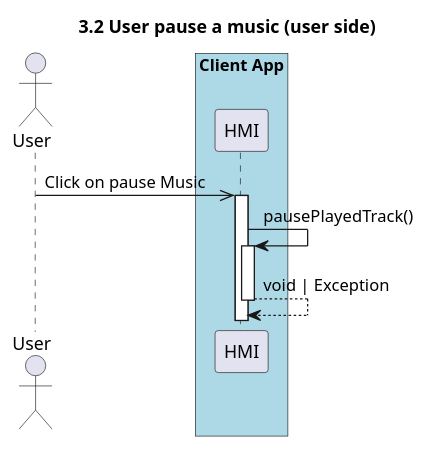
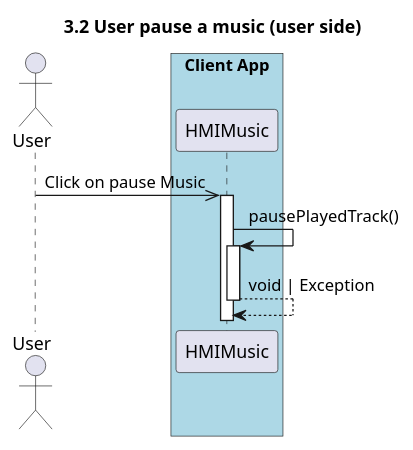
Before and after one commit to UTCAI12/Diagrams: the diagram in sequence/3.2.user_pause_music_client.puml, drawn with PlantUML. The commit also changed 14 other files, not shown here.

Commit message:
splitting HMI into HMIMain and HMIMusic

```diff
--- a/sequence/3.2.user_pause_music_client.puml
+++ b/sequence/3.2.user_pause_music_client.puml
@@ -1,13 +1,13 @@
 @startuml 3.2 User pause a music (user side)
 title 3.2 User pause a music (user side)
 
 actor "User" as user
 box "Client App" #LightBlue
-    participant "HMI" as hmi
+    participant "HMIMusic" as hmi
 end box
 
 user ->> hmi++: Click on pause Music
 hmi->hmi++: pausePlayedTrack()
 return void | Exception
 
 @enduml
```
